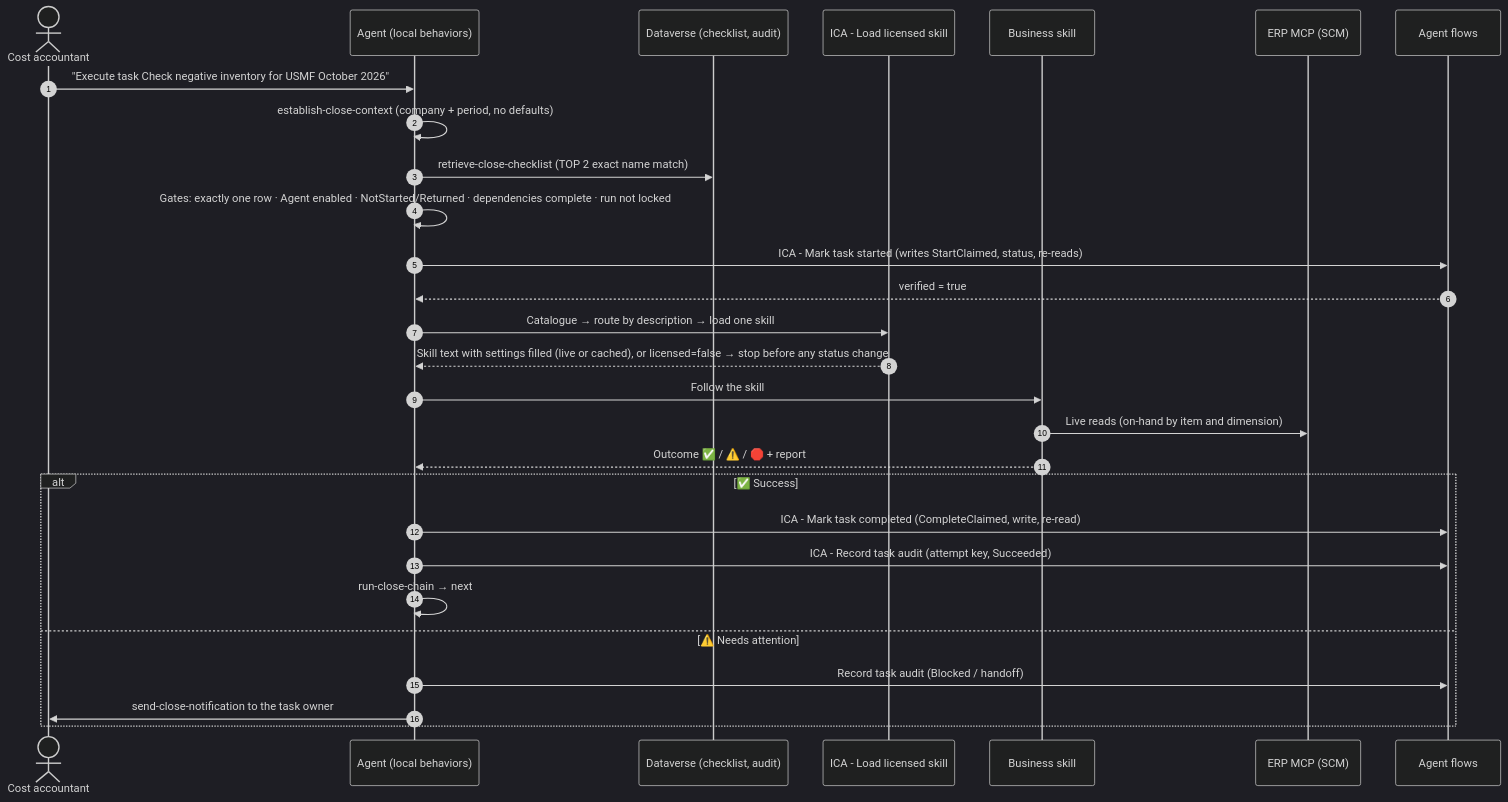
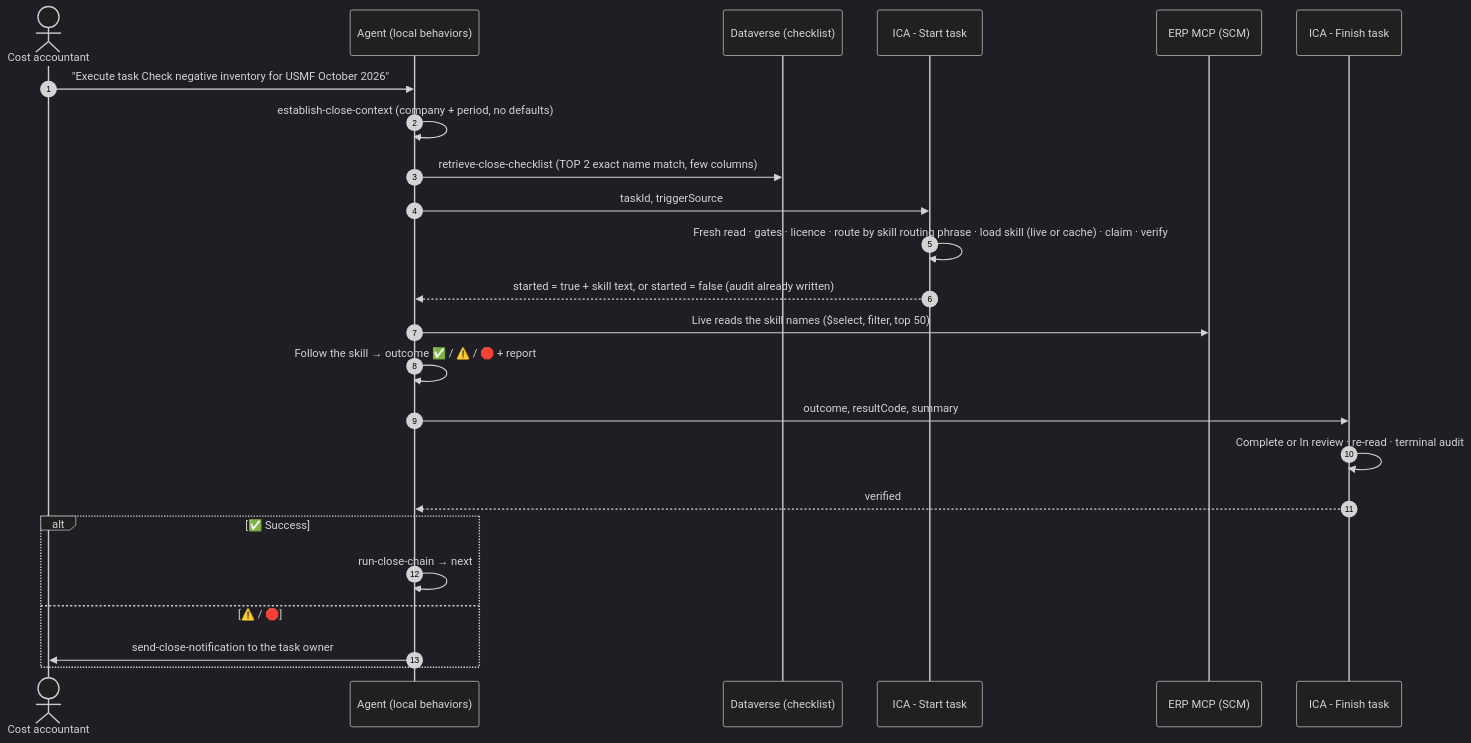
One commit to arvidsto/D365_Agents changed the third of 3 diagrams in samples/inventory-close-agent/README.md. Above: the diagram before and after it, drawn with Mermaid (dark theme). The commit also changed other lines of this file and 38 other files, not shown here.

````diff
--- a/samples/inventory-close-agent/README.md
+++ b/samples/inventory-close-agent/README.md
@@ -159,31 +166,27 @@
 ```mermaid
 sequenceDiagram
     autonumber
     actor U as Cost accountant
     participant A as Agent (local behaviors)
-    participant DV as Dataverse (checklist, audit)
-    participant L as ICA - Load licensed skill
-    participant S as Business skill
+    participant DV as Dataverse (checklist)
+    participant ST as ICA - Start task
     participant ERP as ERP MCP (SCM)
-    participant F as Agent flows
+    participant FN as ICA - Finish task
 
     U->>A: "Execute task Check negative inventory for USMF October 2026"
     A->>A: establish-close-context (company + period, no defaults)
-    A->>DV: retrieve-close-checklist (TOP 2 exact name match)
-    A->>A: Gates: exactly one row · Agent enabled · NotStarted/Returned · dependencies complete · run not locked
-    A->>F: ICA - Mark task started (writes StartClaimed, status, re-reads)
-    F-->>A: verified = true
-    A->>L: Catalogue → route by description → load one skill
-    L-->>A: Skill text with settings filled (live or cached), or licensed=false → stop before any status change
-    A->>S: Follow the skill
-    S->>ERP: Live reads (on-hand by item and dimension)
-    S-->>A: Outcome ✅ / ⚠️ / 🛑 + report
+    A->>DV: retrieve-close-checklist (TOP 2 exact name match, few columns)
+    A->>ST: taskId, triggerSource
+    ST->>ST: Fresh read · gates · licence · route by skill routing phrase · load skill (live or cache) · claim · verify
+    ST-->>A: started = true + skill text, or started = false (audit already written)
+    A->>ERP: Live reads the skill names ($select, filter, top 50)
+    A->>A: Follow the skill → outcome ✅ / ⚠️ / 🛑 + report
+    A->>FN: outcome, resultCode, summary
+    FN->>FN: Complete or In review · re-read · terminal audit
+    FN-->>A: verified
     alt ✅ Success
-        A->>F: ICA - Mark task completed (CompleteClaimed, write, re-read)
-        A->>F: ICA - Record task audit (attempt key, Succeeded)
         A->>A: run-close-chain → next #autostart task
-    else ⚠️ Needs attention
-        A->>F: Record task audit (Blocked / handoff)
+    else ⚠️ / 🛑
         A->>U: send-close-notification to the task owner
     end
 ```
````
